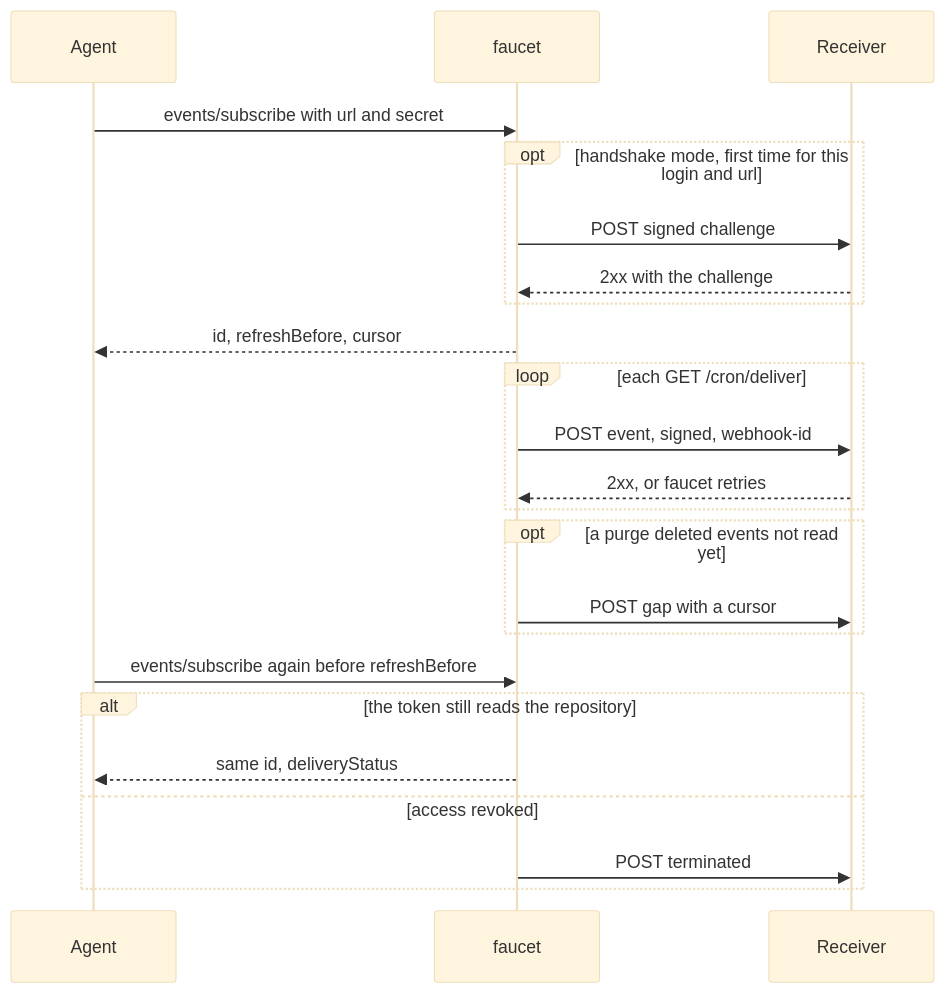
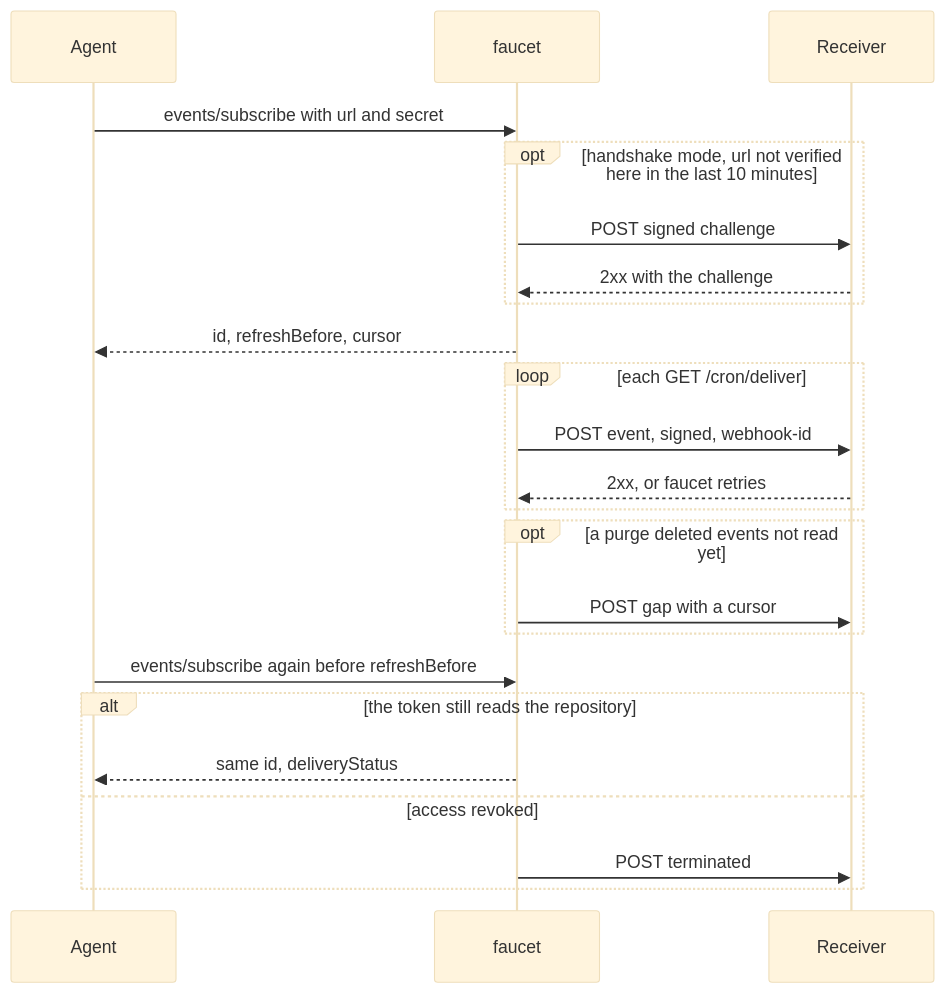
One commit to coder/faucet changed the diagram in docs/webhooks.md. Above: the diagram before and after it, drawn with Mermaid (base theme). The commit also changed other lines of this file and 6 other files, not shown here.

````diff
--- a/docs/webhooks.md
+++ b/docs/webhooks.md
@@ -5,25 +5,25 @@
 ```mermaid
 sequenceDiagram
     participant A as Agent
     participant F as faucet
     participant R as Receiver
     A->>F: events/subscribe with url and secret
-    opt handshake mode, first time for this login and url
+    opt handshake mode, url not verified here in the last 10 minutes
         F->>R: POST signed challenge
         R-->>F: 2xx with the challenge
     end
     F-->>A: id, refreshBefore, cursor
     loop each GET /cron/deliver
         F->>R: POST event, signed, webhook-id
         R-->>F: 2xx, or faucet retries
     end
     opt a purge deleted events not read yet
         F->>R: POST gap with a cursor
     end
     A->>F: events/subscribe again before refreshBefore
     alt the token still reads the repository
         F-->>A: same id, deliveryStatus
     else access revoked
         F->>R: POST terminated
     end
 ```
````
